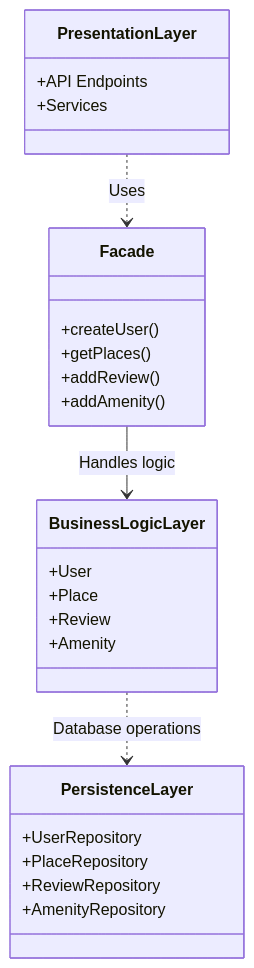
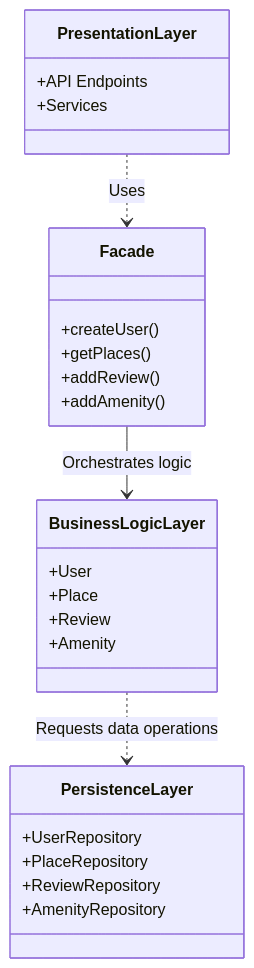
Before and after one commit to ScOreX-242/holbertonschool-hbnb: the first of 6 diagrams in part1/README.md, drawn with Mermaid. The commit also changed other lines of this file, not shown here.

````diff
--- a/part1/README.md
+++ b/part1/README.md
@@ -11,34 +17,34 @@
 ```mermaid
 classDiagram
     direction TB
 
     class PresentationLayer {
         +API Endpoints
         +Services
     }
 
     class BusinessLogicLayer {
         +User
         +Place
         +Review
         +Amenity
     }
 
     class PersistenceLayer {
         +UserRepository
         +PlaceRepository
         +ReviewRepository
         +AmenityRepository
     }
 
     class Facade {
         +createUser()
         +getPlaces()
         +addReview()
         +addAmenity()
     }
 
     PresentationLayer ..> Facade : Uses
-    Facade --> BusinessLogicLayer : Handles logic
-    BusinessLogicLayer ..> PersistenceLayer : Database operations
+    Facade --> BusinessLogicLayer : Orchestrates logic
+    BusinessLogicLayer ..> PersistenceLayer : Requests data operations
 ```
````
